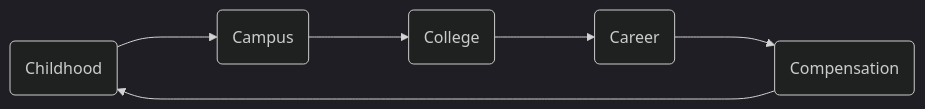
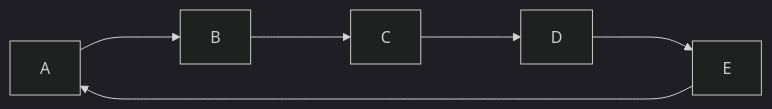
The first of 8 diagrams in README.md (singhanmolpreet/mermaids), drawn with Mermaid (dark theme) before and after one commit. The commit also changed other lines of this file, not shown here.

````diff
--- a/README.md
+++ b/README.md
@@ -3,8 +3,8 @@
 ```mermaid
 flowchart LR
-    A(Childhood) ---> B(Campus)
-    B ---> C(College)
-    C ---> D(Career)
-    D ---> E(Compensation)
+    A ---> B
+    B ---> C
+    C ---> D
+    D ---> E
     E ---> A
 ```
````
